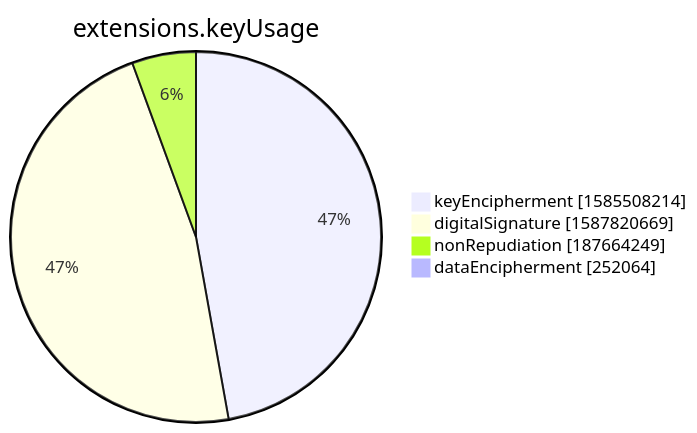
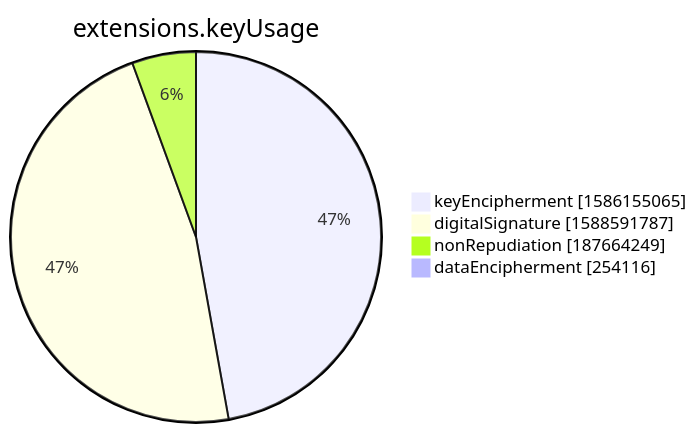
One commit to christiankrug/ctmonitor_visualization changed the seventh of 15 diagrams in xenon2022/README.md. Above: the diagram before and after it, drawn with Mermaid. The commit also changed other lines of this file, not shown here.

````diff
--- a/xenon2022/README.md
+++ b/xenon2022/README.md
@@ -2854,8 +2854,8 @@
 ```mermaid
 pie showData
 title extensions.keyUsage
-"keyEncipherment" :1585508214
-"digitalSignature" :1587820669
+"keyEncipherment" :1586155065
+"digitalSignature" :1588591787
 "nonRepudiation" :187664249
-"dataEncipherment" :252064
+"dataEncipherment" :254116
 ```
````
